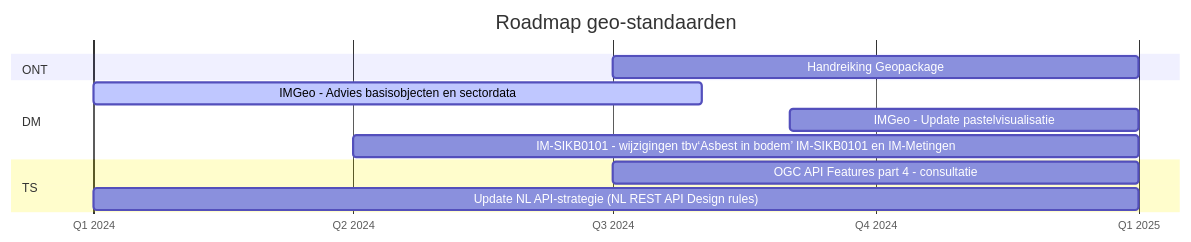
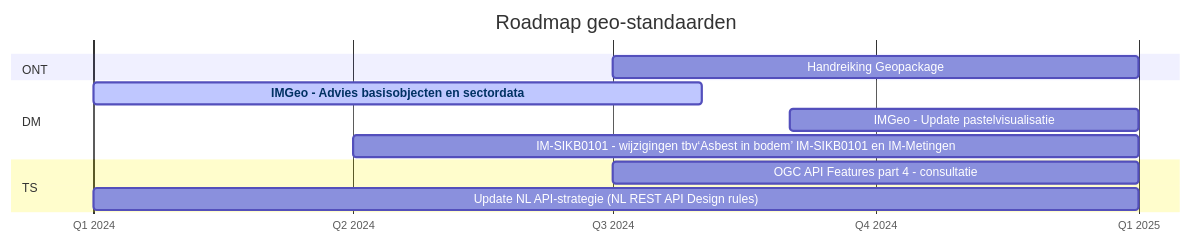
Before and after one commit to Geonovum/roadmap-geostandaarden: the diagram in roadmap.mmd, drawn with Mermaid.

```diff
--- a/roadmap.mmd
+++ b/roadmap.mmd
@@ -1,27 +1,29 @@
 gantt
     title Roadmap geo-standaarden
     dateFormat YYYY-M
     axisFormat Q%q %Y
     tickInterval 3month
 
-      click imgeo1 href "https://www.geonovum.nl/"     
+     
 
     section ONT
         Handreiking Geopackage                      :active           2024-07, 6M
         
     section DM        
         IMGeo - Advies basisobjecten en sectordata :active, imgeo1,    2024-01, 7M
         IMGeo - Update pastelvisualisatie                :      2024-09, 4M
        % IMOW                                        :           2024-01, 12M
        % IMEV                                        :           2024-01, 12M
         IM-SIKB0101 - wijzigingen tbv‘Asbest in bodem’ IM-SIKB0101 en IM-Metingen :active  2024-04, 9M
+
+ click imgeo1 href "https://www.geonovum.nl/"     
         
 
     section TS        
         %ISO JSON encoding 19115                     :           2024-01, 12M
         %API strategie module filtering              :           2024-01, 12M
         %OGC API Records                             :           2024-01, 12M
         OGC API Features part 4 - consultatie       :active           2024-07, 6M
         %JSON-FG consultatie                         :           2024-01, 12M
         %DCAT NL-profiel 1.0                         :           2024-01, 12M
         Update NL API-strategie (NL REST API Design rules) :    2024-01, 12M
```
